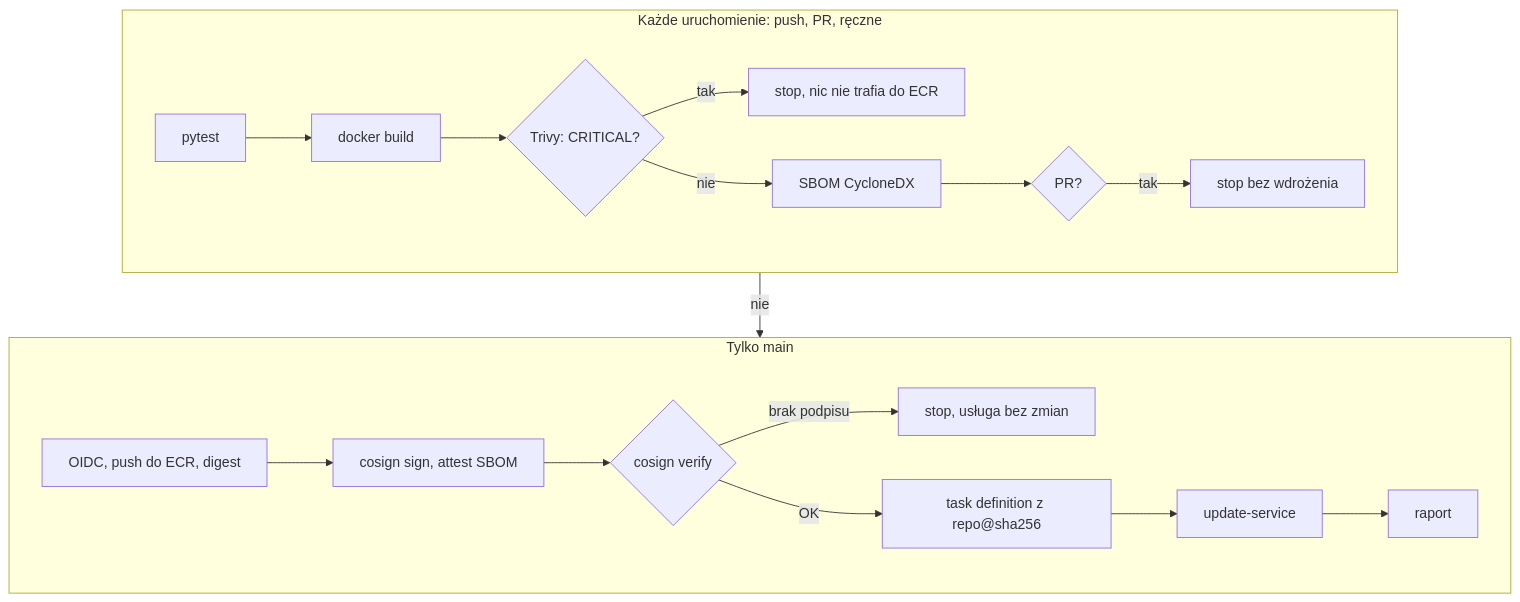
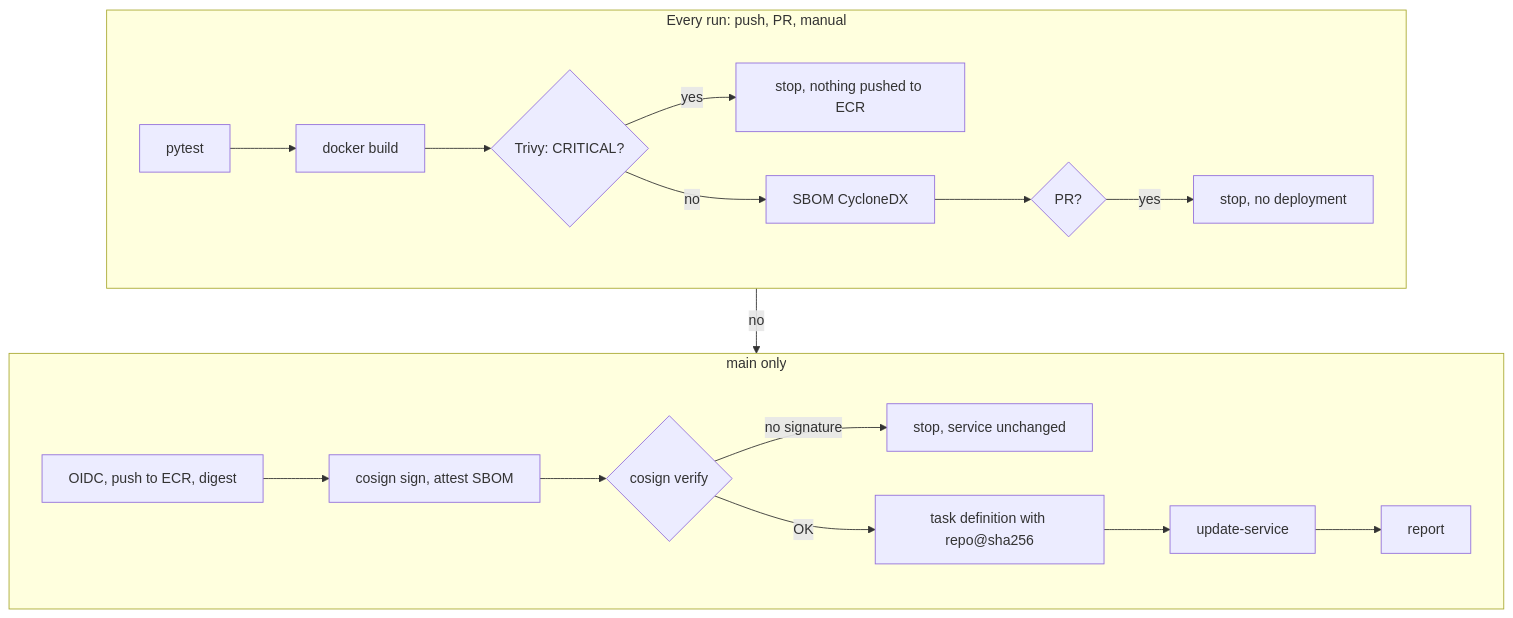
Before and after one commit to marcinbator/ecs-supply-chain: the second of 4 diagrams in docs/architecture.md, drawn with Mermaid. The commit also changed other lines of this file and 6 other files, not shown here.

````diff
--- a/docs/architecture.md
+++ b/docs/architecture.md
@@ -35,17 +35,17 @@
 ```mermaid
 flowchart TB
-  subgraph ci [Każde uruchomienie: push, PR, ręczne]
+  subgraph ci [Every run: push, PR, manual]
     direction LR
     B[pytest] --> C[docker build] --> D{Trivy: CRITICAL?}
-    D -->|tak| X[stop, nic nie trafia do ECR]
-    D -->|nie| E[SBOM CycloneDX] --> F{PR?}
-    F -->|tak| Y[stop bez wdrożenia]
+    D -->|yes| X[stop, nothing pushed to ECR]
+    D -->|no| E[SBOM CycloneDX] --> F{PR?}
+    F -->|yes| Y[stop, no deployment]
   end
-  subgraph cd [Tylko main]
+  subgraph cd [main only]
     direction LR
-    G[OIDC, push do ECR, digest] --> H[cosign sign, attest SBOM] --> I{cosign verify}
-    I -->|brak podpisu| Z[stop, usługa bez zmian]
-    I -->|OK| J[task definition z repo@sha256] --> K[update-service] --> L[raport]
+    G[OIDC, push to ECR, digest] --> H[cosign sign, attest SBOM] --> I{cosign verify}
+    I -->|no signature| Z[stop, service unchanged]
+    I -->|OK| J[task definition with repo@sha256] --> K[update-service] --> L[report]
   end
-  ci -->|nie| cd
+  ci -->|no| cd
 ```
````
